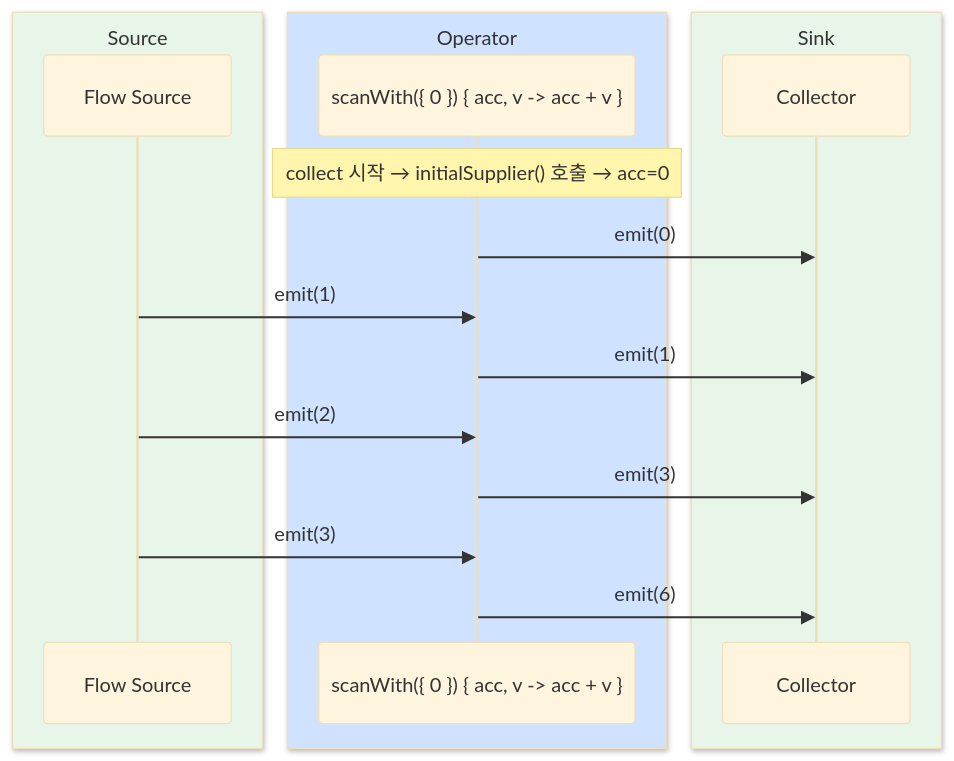
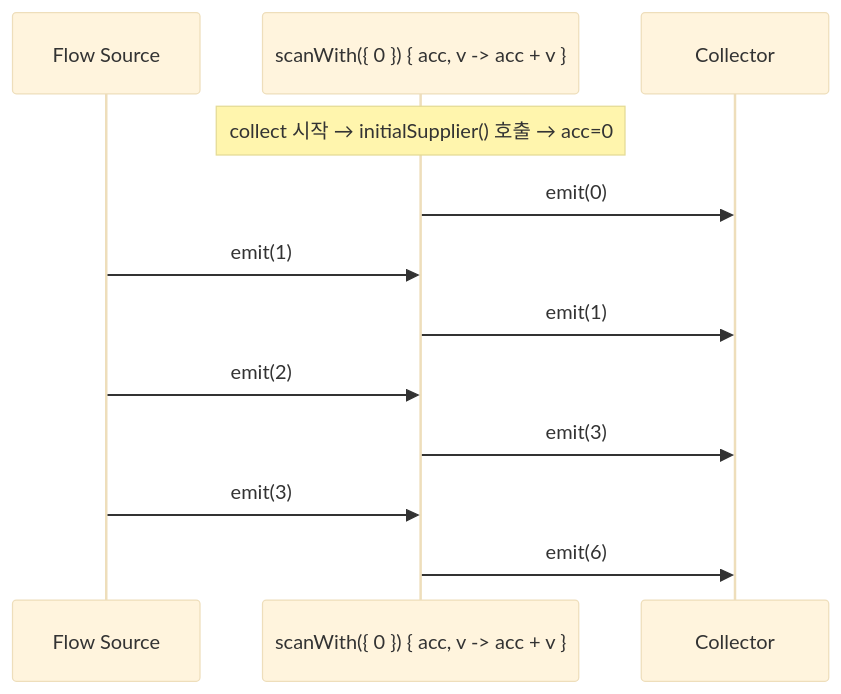
Diagram 15 of 16 in bluetape4k/coroutines/README.ko.md (bluetape4k/bluetape4k-projects), drawn with Mermaid (base theme) before and after one commit. The commit also changed other lines of this file and 219 other files, not shown here.

First line of the commit message:
docs: 전체 README Mermaid 다이어그램 가이드 적용

````diff
--- a/bluetape4k/coroutines/README.ko.md
+++ b/bluetape4k/coroutines/README.ko.md
@@ -695,20 +633,14 @@
 ```mermaid
 sequenceDiagram
-    box rgb(232, 245, 233) Source
         participant S as Flow Source
-    end
-    box rgb(207, 226, 255) Operator
         participant SW as scanWith({ 0 }) { acc, v -> acc + v }
-    end
-    box rgb(232, 245, 233) Sink
         participant R as Collector
-    end
     Note over SW: collect 시작 → initialSupplier() 호출 → acc=0
     SW ->> R: emit(0)
     S ->> SW: emit(1)
     SW ->> R: emit(1)
     S ->> SW: emit(2)
     SW ->> R: emit(3)
     S ->> SW: emit(3)
     SW ->> R: emit(6)
 ```
````
